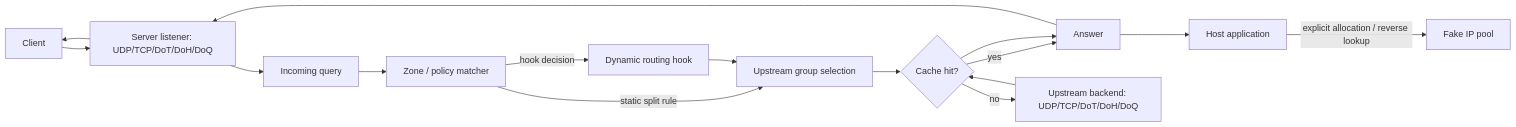
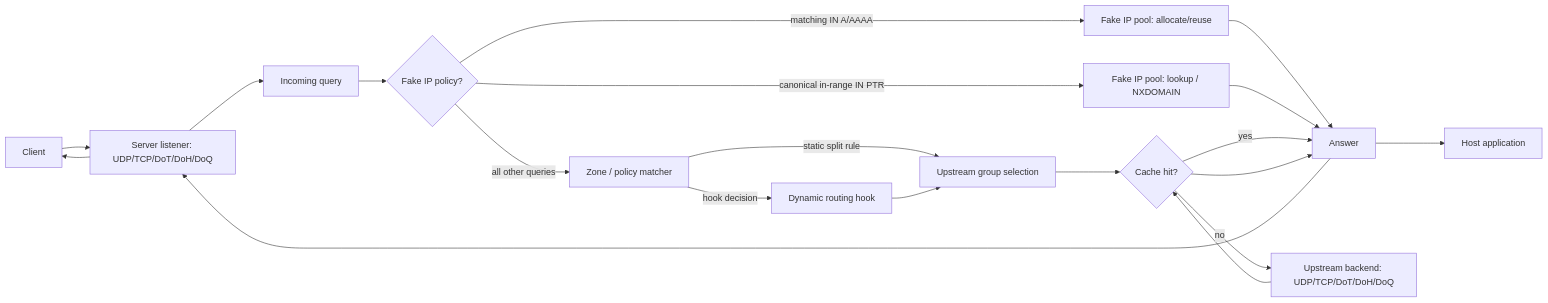
One commit to F000NKKK/dns-lattice changed the first of 2 diagrams in ARCHITECTURE.md. Above: the diagram before and after it, drawn with Mermaid. The commit also changed other lines of this file and 13 other files, not shown here.

````diff
--- a/ARCHITECTURE.md
+++ b/ARCHITECTURE.md
@@ -138,18 +138,22 @@
 ```mermaid
 flowchart LR
     Client[Client] --> Listener[Server listener: UDP/TCP/DoT/DoH/DoQ]
     Listener --> Query[Incoming query]
-    Query --> Match[Zone / policy matcher]
+    Query --> FakePolicy{Fake IP policy?}
+    FakePolicy -->|matching IN A/AAAA| FakeIP[Fake IP pool: allocate/reuse]
+    FakePolicy -->|canonical in-range IN PTR| Reverse[Fake IP pool: lookup / NXDOMAIN]
+    FakeIP --> Answer[Answer]
+    Reverse --> Answer
+    FakePolicy -->|all other queries| Match[Zone / policy matcher]
     Match -->|hook decision| Hook[Dynamic routing hook]
     Match -->|static split rule| Route[Upstream group selection]
     Hook --> Route
     Route --> Cache{Cache hit?}
     Cache -->|yes| Answer[Answer]
     Cache -->|no| Upstream[Upstream backend: UDP/TCP/DoT/DoH/DoQ]
     Upstream --> Cache
     Cache --> Answer
     Answer --> Host[Host application]
-    Host -->|explicit allocation / reverse lookup| FakeIP[Fake IP pool]
     Answer --> Listener
     Listener --> Client
 ```
````
